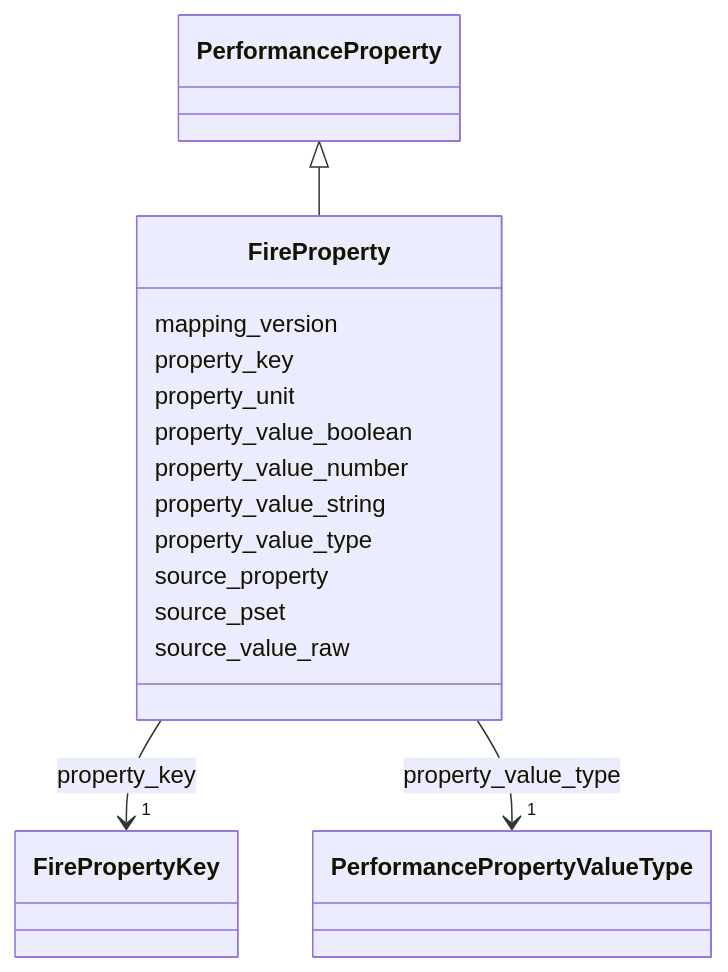
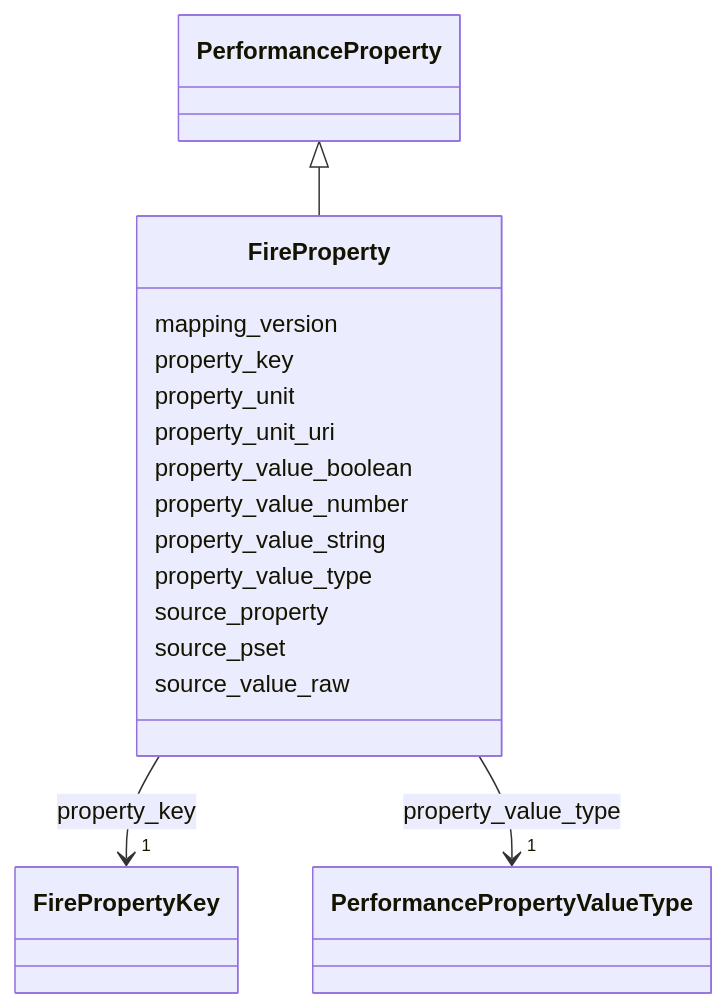
One commit to simondilhas/pragmatic-bim-data-contract changed the diagram in latest/schema/FireProperty.md. Above: the diagram before and after it, drawn with Mermaid. The commit also changed other lines of this file and 1314 other files, not shown here.

````diff
--- a/latest/schema/FireProperty.md
+++ b/latest/schema/FireProperty.md
@@ -18,47 +23,49 @@
 ```mermaid
  classDiagram
     class FireProperty
     click FireProperty href "../FireProperty/"
       PerformanceProperty <|-- FireProperty
         click PerformanceProperty href "../PerformanceProperty/"
       
       FireProperty : mapping_version
         
       FireProperty : property_key
         
           
     
         
         
         FireProperty --> "1" FirePropertyKey : property_key
         click FirePropertyKey href "../FirePropertyKey/"
     
 
         
       FireProperty : property_unit
+        
+      FireProperty : property_unit_uri
         
       FireProperty : property_value_boolean
         
       FireProperty : property_value_number
         
       FireProperty : property_value_string
         
       FireProperty : property_value_type
         
           
     
         
         
         FireProperty --> "1" PerformancePropertyValueType : property_value_type
         click PerformancePropertyValueType href "../PerformancePropertyValueType/"
     
 
         
       FireProperty : source_property
         
       FireProperty : source_pset
         
       FireProperty : source_value_raw
         
       
 ```
````
